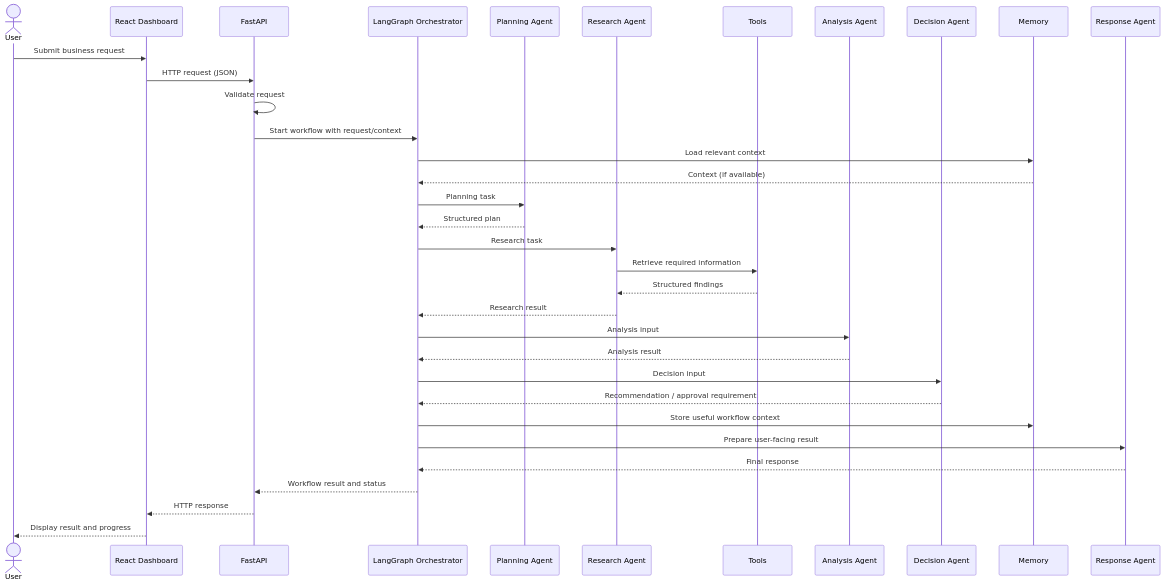
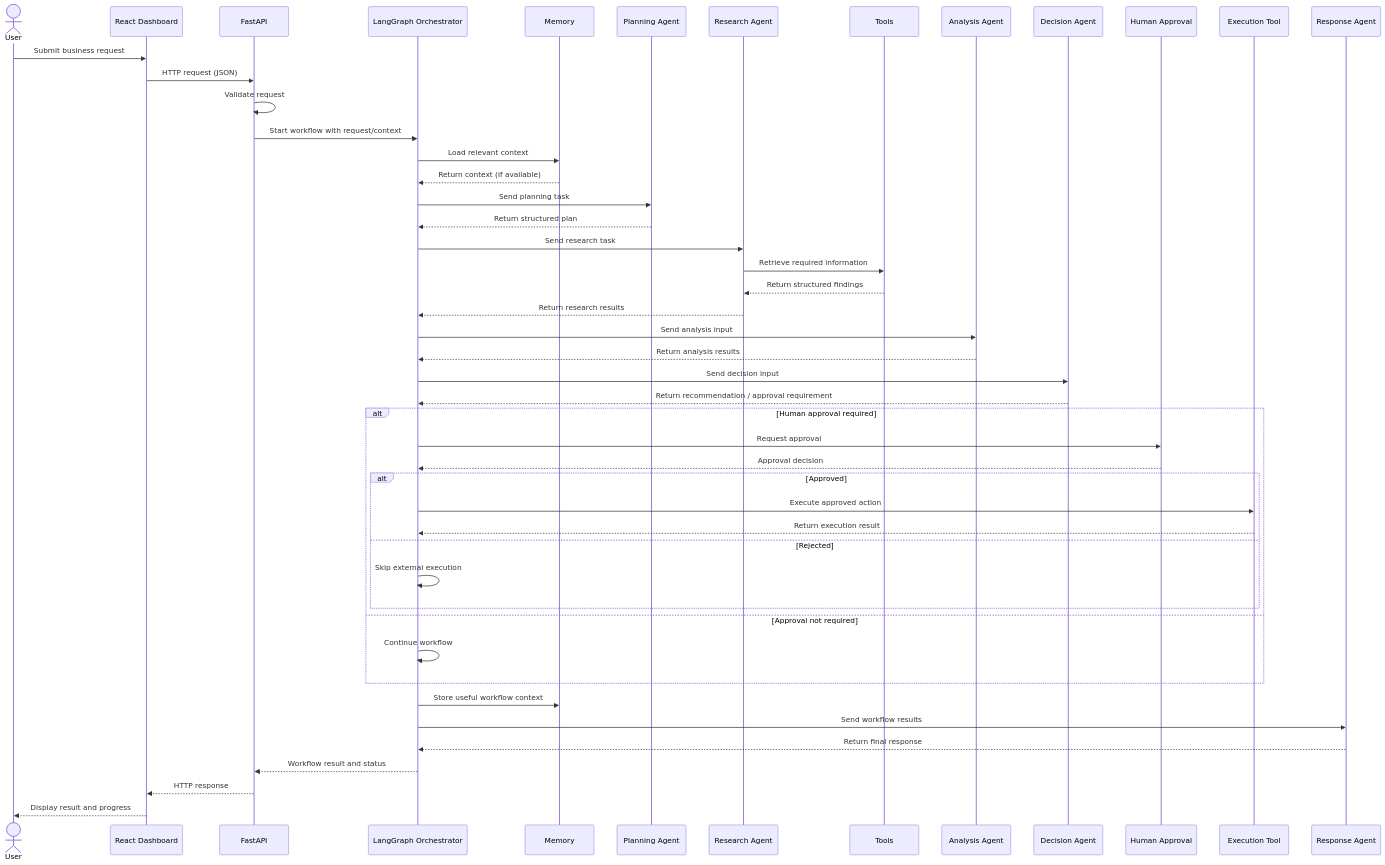
Before and after one commit to vishnusaitej22/ai-agent-coordination-engine: the diagram in docs/architecture/data_flow.md, drawn with Mermaid. The commit also changed other lines of this file, not shown here.

Commit message:
docs: improve workflow data flow and approval sequence

````diff
--- a/docs/architecture/data_flow.md
+++ b/docs/architecture/data_flow.md
@@ -8,37 +12,61 @@
 ```mermaid
 sequenceDiagram
     actor User
     participant UI as React Dashboard
     participant API as FastAPI
     participant OR as LangGraph Orchestrator
+    participant M as Memory
     participant P as Planning Agent
     participant R as Research Agent
     participant T as Tools
     participant A as Analysis Agent
     participant D as Decision Agent
-    participant M as Memory
+    participant H as Human Approval
+    participant EX as Execution Tool
     participant RESP as Response Agent
 
     User->>UI: Submit business request
     UI->>API: HTTP request (JSON)
     API->>API: Validate request
     API->>OR: Start workflow with request/context
+
     OR->>M: Load relevant context
-    M-->>OR: Context (if available)
-    OR->>P: Planning task
-    P-->>OR: Structured plan
-    OR->>R: Research task
+    M-->>OR: Return context (if available)
+
+    OR->>P: Send planning task
+    P-->>OR: Return structured plan
+
+    OR->>R: Send research task
     R->>T: Retrieve required information
-    T-->>R: Structured findings
-    R-->>OR: Research result
-    OR->>A: Analysis input
-    A-->>OR: Analysis result
-    OR->>D: Decision input
-    D-->>OR: Recommendation / approval requirement
+    T-->>R: Return structured findings
+    R-->>OR: Return research results
+
+    OR->>A: Send analysis input
+    A-->>OR: Return analysis results
+
+    OR->>D: Send decision input
+    D-->>OR: Return recommendation / approval requirement
+
+    alt Human approval required
+        OR->>H: Request approval
+        H-->>OR: Approval decision
+
+        alt Approved
+            OR->>EX: Execute approved action
+            EX-->>OR: Return execution result
+        else Rejected
+            OR->>OR: Skip external execution
+        end
+
+    else Approval not required
+        OR->>OR: Continue workflow
+    end
+
     OR->>M: Store useful workflow context
-    OR->>RESP: Prepare user-facing result
-    RESP-->>OR: Final response
+    OR->>RESP: Send workflow results
+    RESP-->>OR: Return final response
+
     OR-->>API: Workflow result and status
     API-->>UI: HTTP response
     UI-->>User: Display result and progress
 ```
````
